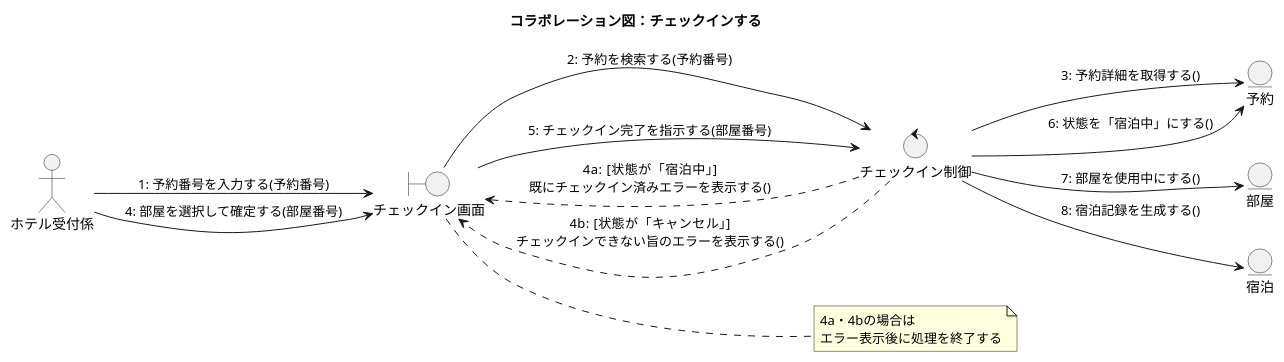
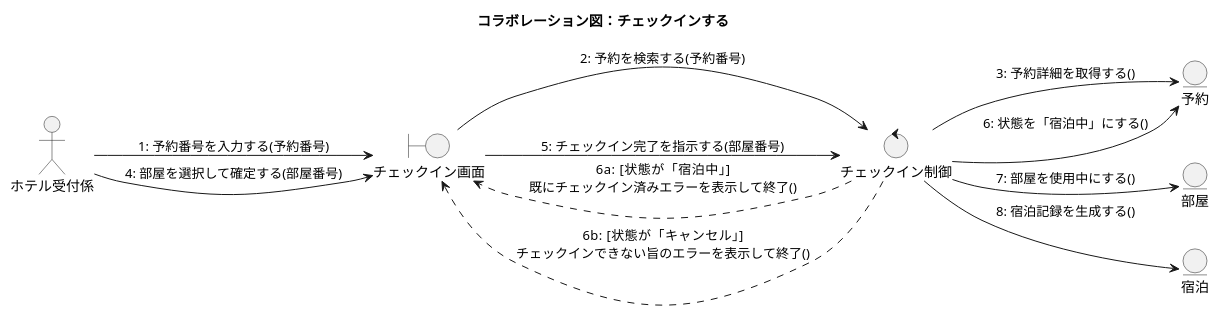
The diagram in hotel-reservation-system/6b_コラボレーション図_チェックイン.puml (rancid0025/hotelreserve), drawn with PlantUML before and after one commit.

```diff
--- a/hotel-reservation-system/6b_コラボレーション図_チェックイン.puml
+++ b/hotel-reservation-system/6b_コラボレーション図_チェックイン.puml
@@ -1,35 +1,31 @@
 @startuml HRS_コラボレーション図_チェックイン
 
 left to right direction
 skinparam shadowing false
 title コラボレーション図：チェックインする
 
 actor "ホテル受付係" as A
 
 boundary "チェックイン画面" as B
 control "チェックイン制御" as C
 entity "予約" as R
 entity "部屋" as RM
 entity "宿泊" as S
 
 A --> B : 1: 予約番号を入力する(予約番号)
 B --> C : 2: 予約を検索する(予約番号)
 C --> R : 3: 予約詳細を取得する()
 
 ' --- 代替系列（予約状態のガード） ---
-C ..> B : 4a: [状態が「宿泊中」]\n既にチェックイン済みエラーを表示する()
-C ..> B : 4b: [状態が「キャンセル」]\nチェックインできない旨のエラーを表示する()
+C ..> B : 6a: [状態が「宿泊中」]\n既にチェックイン済みエラーを表示して終了()
+C ..> B : 6b: [状態が「キャンセル」]\nチェックインできない旨のエラーを表示して終了()
 
 ' --- 基本系列 ---
 A --> B : 4: 部屋を選択して確定する(部屋番号)
 B --> C : 5: チェックイン完了を指示する(部屋番号)
 C --> R : 6: 状態を「宿泊中」にする()
 C --> RM : 7: 部屋を使用中にする()
 C --> S : 8: 宿泊記録を生成する()
 
-note right of B
-  4a・4bの場合は
-  エラー表示後に処理を終了する
-end note
 
 @enduml
```
